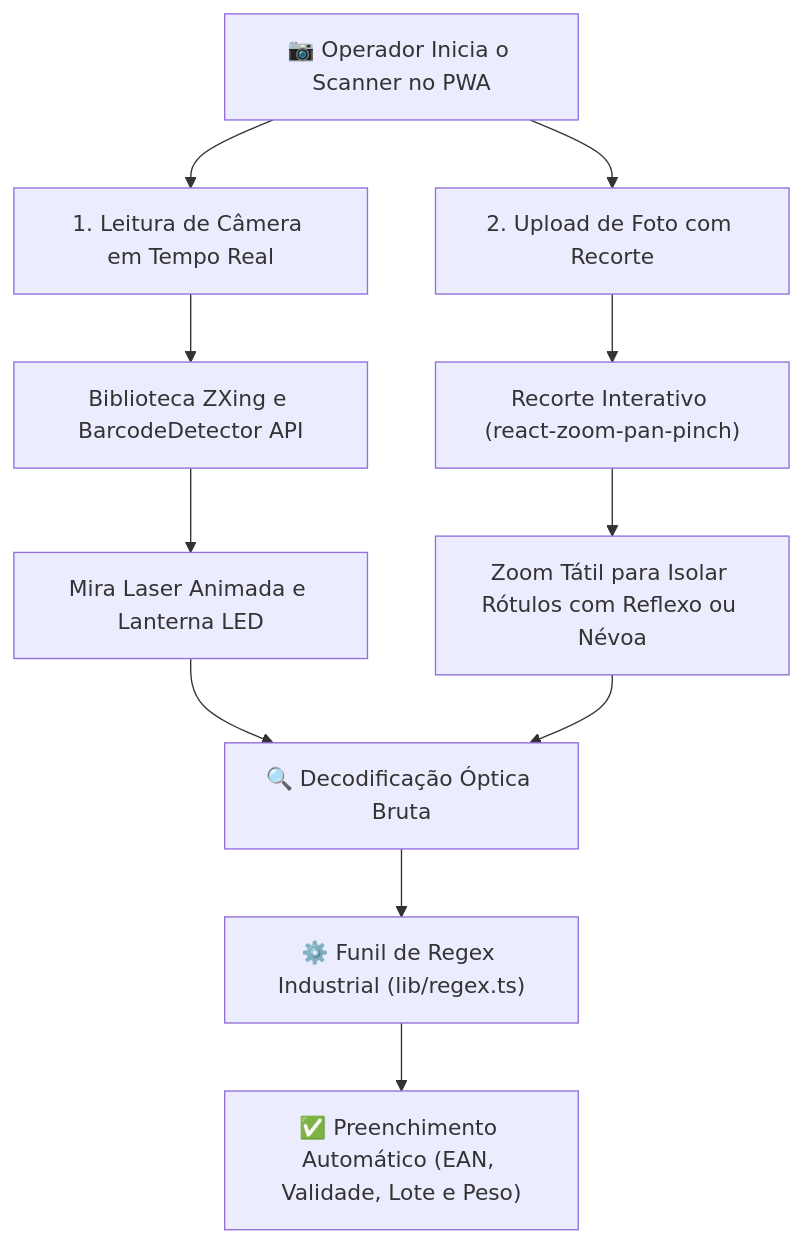
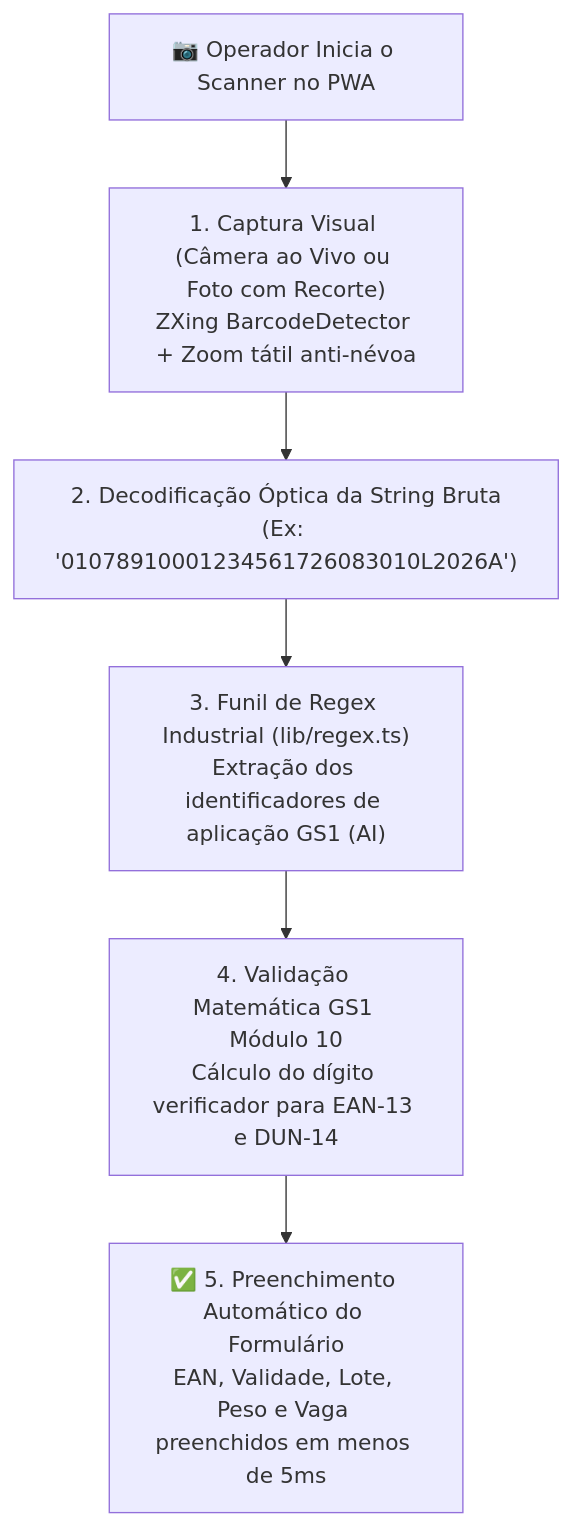
Before and after one commit to NaejBarbosa/paletscan-etl: the first of 2 diagrams in docs/pwa-scanner-regex.md, drawn with Mermaid. The commit also changed other lines of this file and 28 other files, not shown here.

Commit message:
docs: atualiza documentacao mkdocs com pontos criticos e diagramas verticalizados mobile

````diff
--- a/docs/pwa-scanner-regex.md
+++ b/docs/pwa-scanner-regex.md
@@ -9,18 +9,14 @@
 ```mermaid
 flowchart TD
     START["📷 Operador Inicia o Scanner no PWA"]
-
-    START --> CAM["1. Leitura de Câmera em Tempo Real"]
-    CAM --> C1["Biblioteca ZXing e BarcodeDetector API"]
-    C1 --> C2["Mira Laser Animada e Lanterna LED"]
-
-    START --> UPL["2. Upload de Foto com Recorte"]
-    UPL --> U1["Recorte Interativo (react-zoom-pan-pinch)"]
-    U1 --> U2["Zoom Tátil para Isolar Rótulos com Reflexo ou Névoa"]
-
-    C2 --> DEC["🔍 Decodificação Óptica Bruta"]
-    U2 --> DEC
-
-    DEC --> REG["⚙️ Funil de Regex Industrial (lib/regex.ts)"]
-    REG --> AUTO["✅ Preenchimento Automático (EAN, Validade, Lote e Peso)"]
+    
+    START --> CAPTURE["1. Captura Visual (Câmera ao Vivo ou Foto com Recorte)\nZXing BarcodeDetector + Zoom tátil anti-névoa"]
+    
+    CAPTURE --> RAW_DEC["2. Decodificação Óptica da String Bruta\n(Ex: '01078910001234561726083010L2026A')"]
+    
+    RAW_DEC --> FUNNEL["3. Funil de Regex Industrial (lib/regex.ts)\nExtração dos identificadores de aplicação GS1 (AI)"]
+    
+    FUNNEL --> VAL_MATH["4. Validação Matemática GS1 Módulo 10\nCálculo do dígito verificador para EAN-13 e DUN-14"]
+    
+    VAL_MATH --> AUTOFILL["✅ 5. Preenchimento Automático do Formulário\nEAN, Validade, Lote, Peso e Vaga preenchidos em menos de 5ms"]
 ```
````
